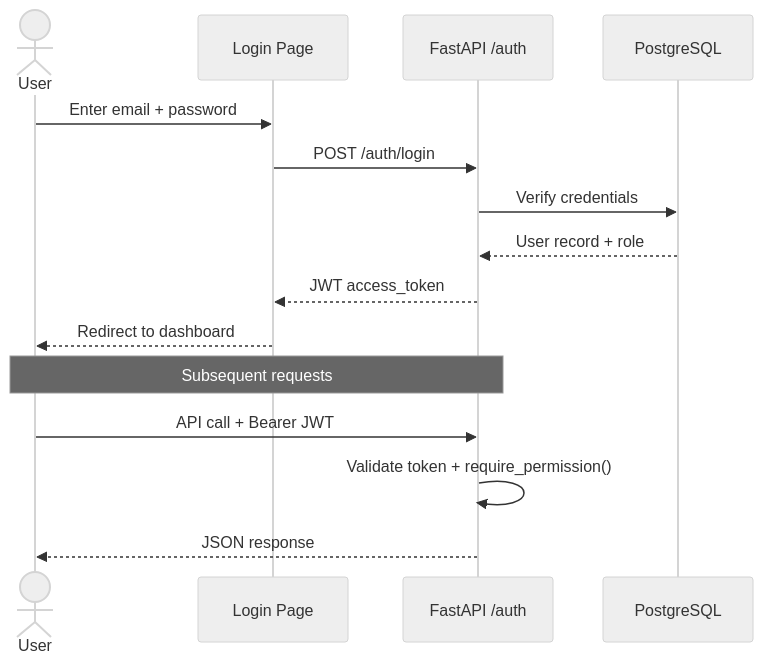
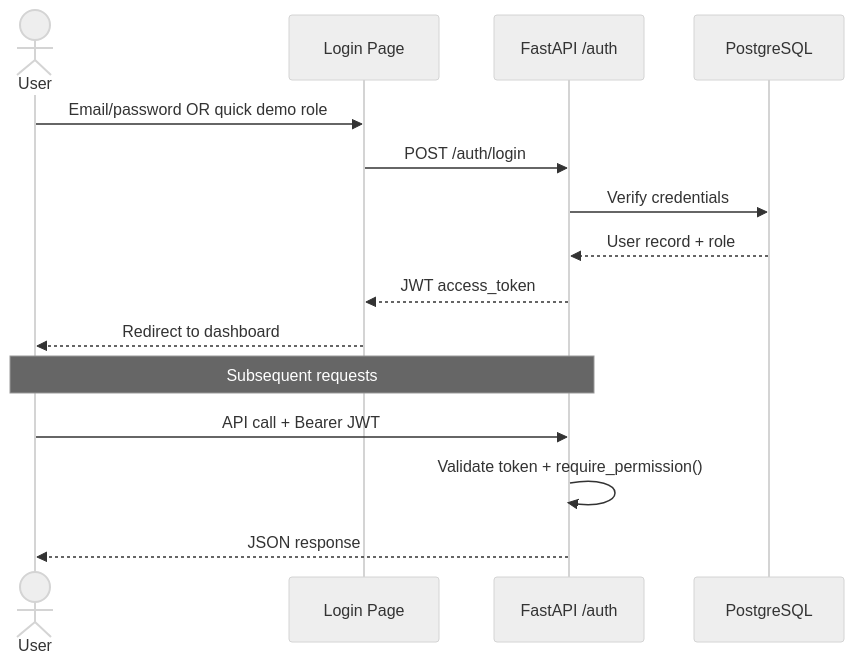
One commit to Anuragsingh198/inventory-mangement changed the second of 6 diagrams in README.md. Above: the diagram before and after it, drawn with Mermaid (neutral theme). The commit also changed other lines of this file and 82 other files, not shown here.

````diff
--- a/README.md
+++ b/README.md
@@ -158,19 +226,19 @@
 ```mermaid
 sequenceDiagram
     actor U as User
     participant L as Login Page
     participant A as FastAPI /auth
     participant D as PostgreSQL
 
-    U->>L: Enter email + password
+    U->>L: Email/password OR quick demo role
     L->>A: POST /auth/login
     A->>D: Verify credentials
     D-->>A: User record + role
     A-->>L: JWT access_token
     L-->>U: Redirect to dashboard
 
     Note over U,A: Subsequent requests
     U->>A: API call + Bearer JWT
     A->>A: Validate token + require_permission()
     A-->>U: JSON response
 ```
````
